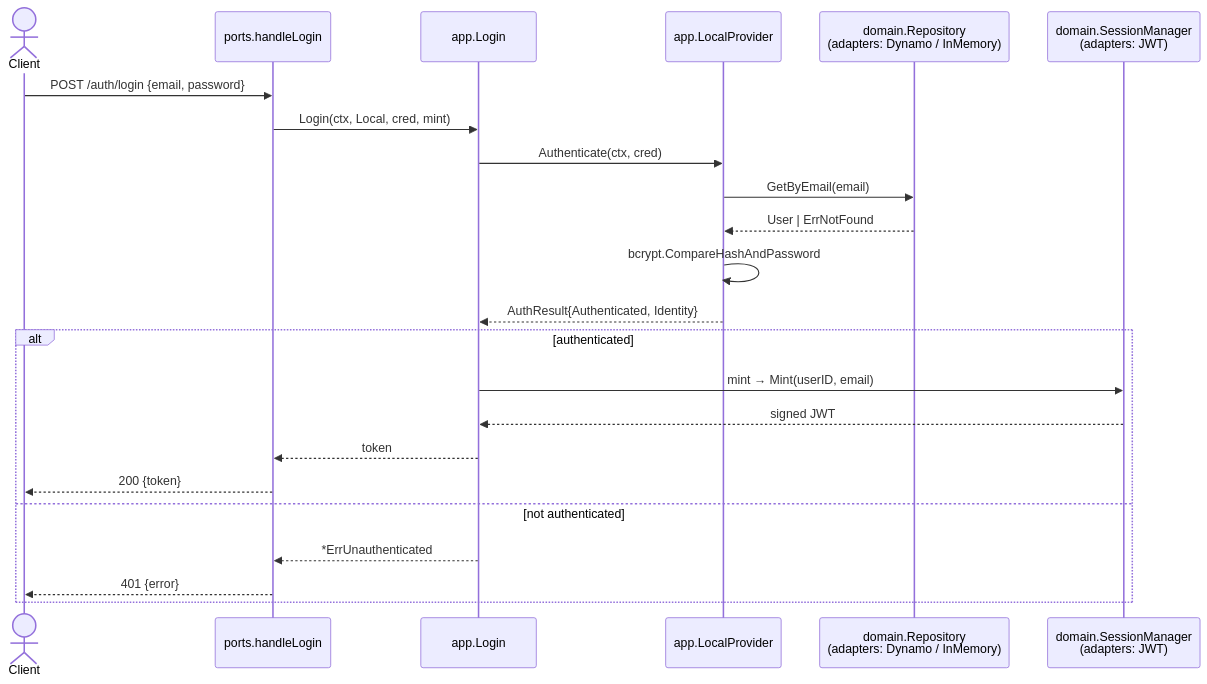
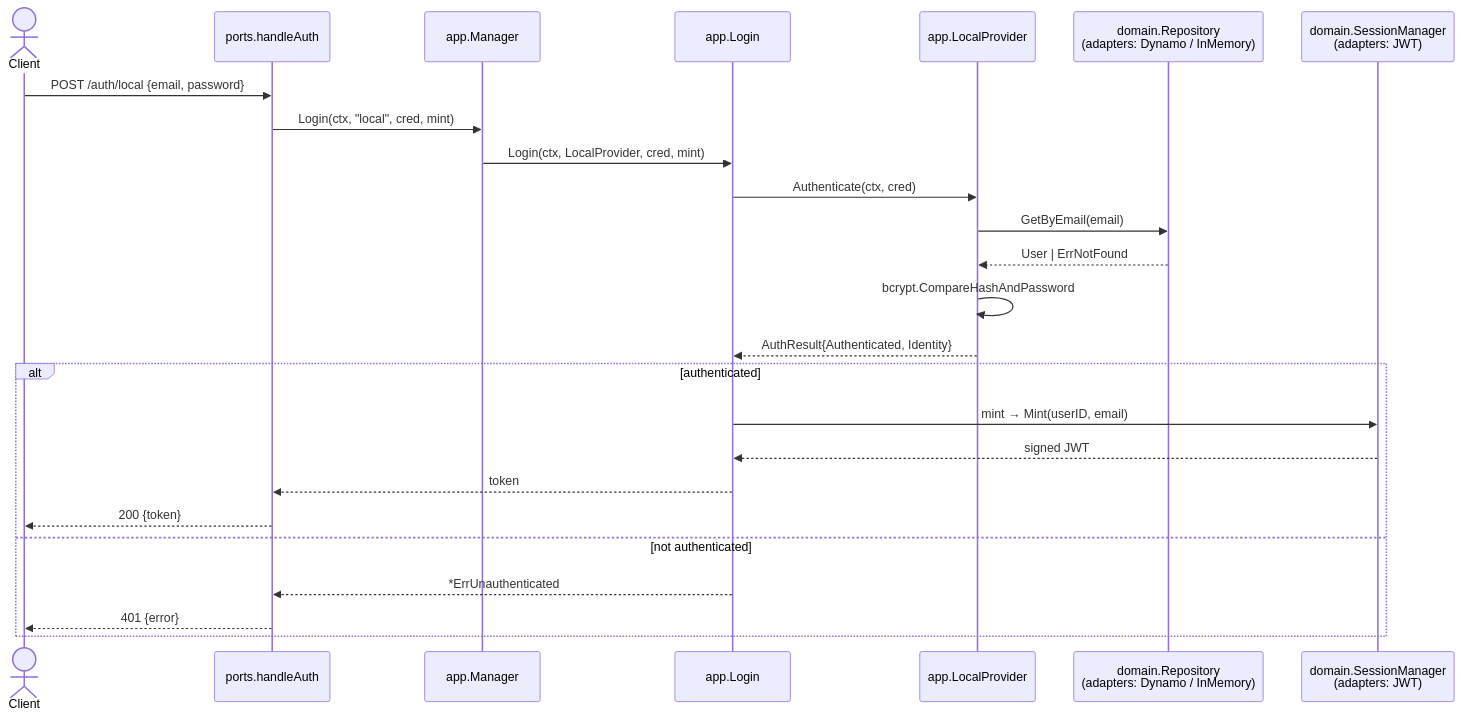
Before and after one commit to deedeeNg/FRPG: the third of 5 diagrams in backend/ARCHITECTURE.md, drawn with Mermaid. The commit also changed other lines of this file and 1 other file, not shown here.

````diff
--- a/backend/ARCHITECTURE.md
+++ b/backend/ARCHITECTURE.md
@@ -138,26 +168,28 @@
 ```mermaid
 sequenceDiagram
   actor C as Client
-  participant H as ports.handleLogin
+  participant H as ports.handleAuth
+  participant M as app.Manager
   participant L as app.Login
   participant P as app.LocalProvider
   participant R as domain.Repository<br/>(adapters: Dynamo / InMemory)
   participant S as domain.SessionManager<br/>(adapters: JWT)
 
-  C->>H: POST /auth/login {email, password}
-  H->>L: Login(ctx, Local, cred, mint)
+  C->>H: POST /auth/local {email, password}
+  H->>M: Login(ctx, "local", cred, mint)
+  M->>L: Login(ctx, LocalProvider, cred, mint)
   L->>P: Authenticate(ctx, cred)
   P->>R: GetByEmail(email)
   R-->>P: User | ErrNotFound
   P->>P: bcrypt.CompareHashAndPassword
   P-->>L: AuthResult{Authenticated, Identity}
   alt authenticated
     L->>S: mint → Mint(userID, email)
     S-->>L: signed JWT
     L-->>H: token
     H-->>C: 200 {token}
   else not authenticated
     L-->>H: *ErrUnauthenticated
     H-->>C: 401 {error}
   end
 ```
````
